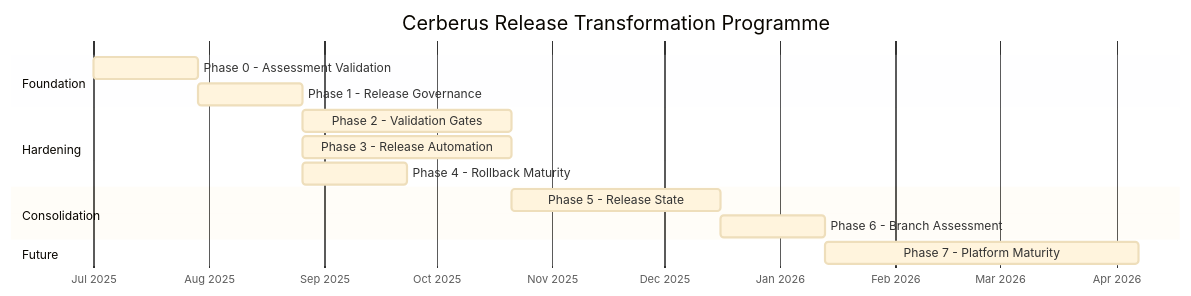
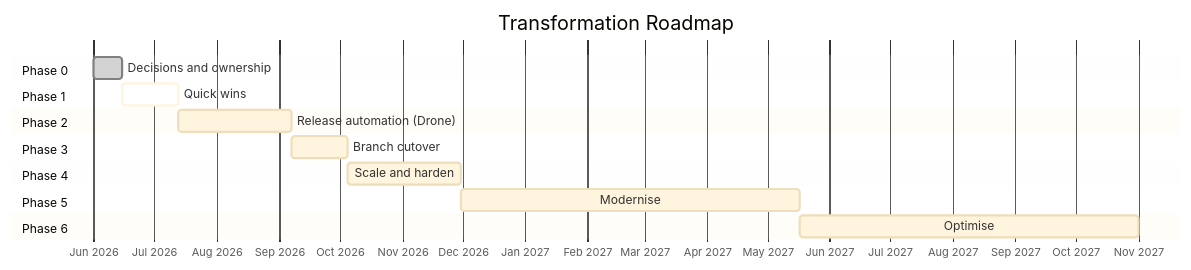
The third of 3 diagrams in docs/transformation-programme.md (benanaktaspusulait/branching-strategy), drawn with Mermaid before and after one commit. The commit also changed other lines of this file and 6 other files, not shown here.

````diff
--- a/docs/transformation-programme.md
+++ b/docs/transformation-programme.md
@@ -410,24 +134,29 @@
 ```mermaid
 %%{init: {'theme': 'base', 'themeVariables': {'lineColor': '#5f6368'}}}%%
 
 gantt
-  title Cerberus Release Transformation Programme
-  dateFormat YYYY-MM-DD
+  title Transformation Roadmap
+  dateFormat YYYY-MM
   axisFormat %b %Y
 
-  section Foundation
-  Phase 0 - Assessment Validation    :p0, 2025-07-01, 4w
-  Phase 1 - Release Governance       :p1, after p0, 4w
+  section Phase 0
+  Decisions and ownership       :done, p0, 2026-06, 2w
 
-  section Hardening
-  Phase 2 - Validation Gates         :p2, after p1, 8w
-  Phase 3 - Release Automation       :p3, after p1, 8w
-  Phase 4 - Rollback Maturity        :p4, after p1, 4w
+  section Phase 1
+  Quick wins                    :active, p1, after p0, 4w
 
-  section Consolidation
-  Phase 5 - Release State            :p5, after p3, 8w
-  Phase 6 - Branch Assessment        :p6, after p5, 4w
+  section Phase 2
+  Release automation (Drone)    :p2, after p1, 8w
 
-  section Future
-  Phase 7 - Platform Maturity        :p7, after p6, 12w
+  section Phase 3
+  Branch cutover                :p3, after p2, 4w
+
+  section Phase 4
+  Scale and harden              :p4, after p3, 8w
+
+  section Phase 5
+  Modernise                     :p5, after p4, 24w
+
+  section Phase 6
+  Optimise                      :p6, after p5, 24w
 ```
````
